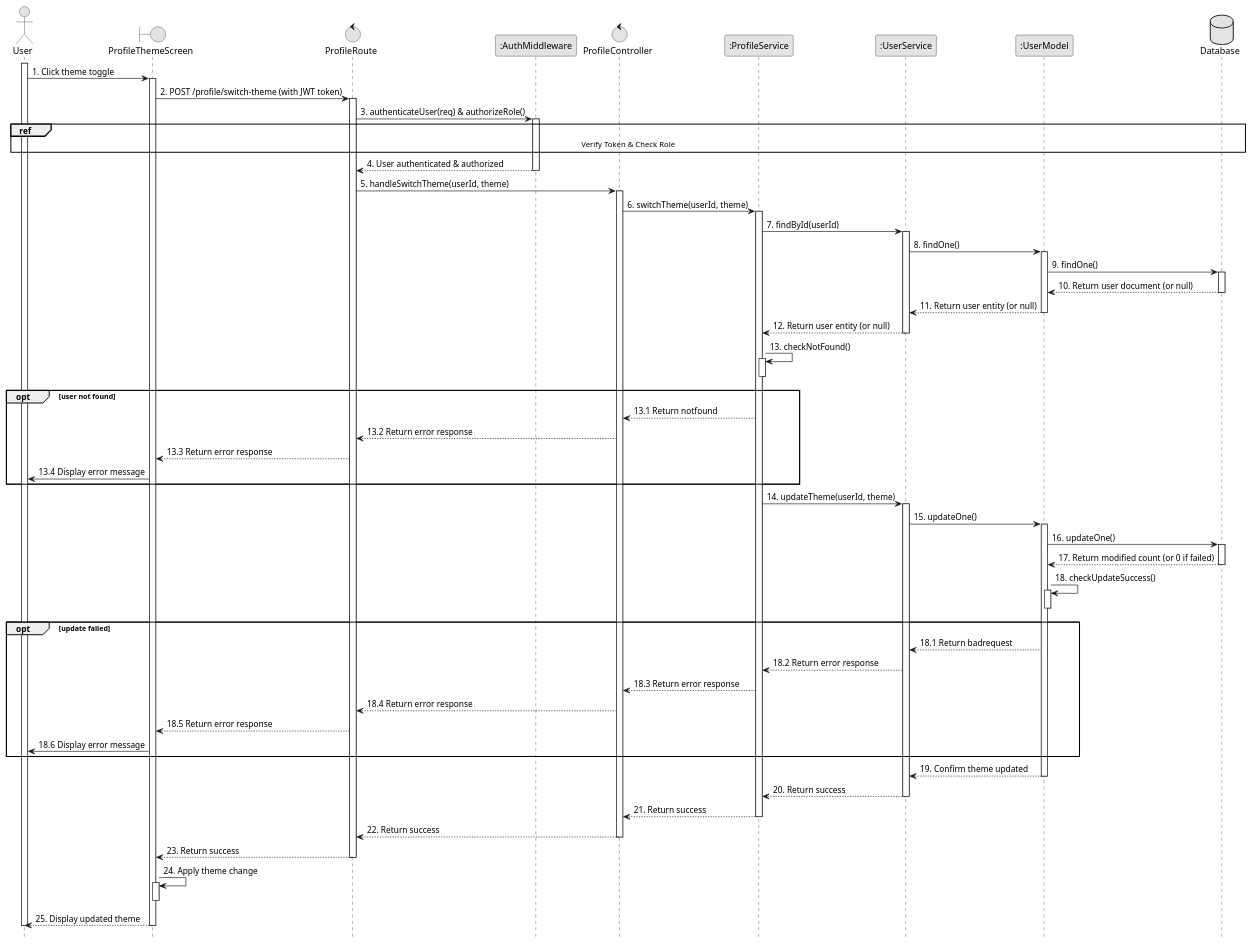
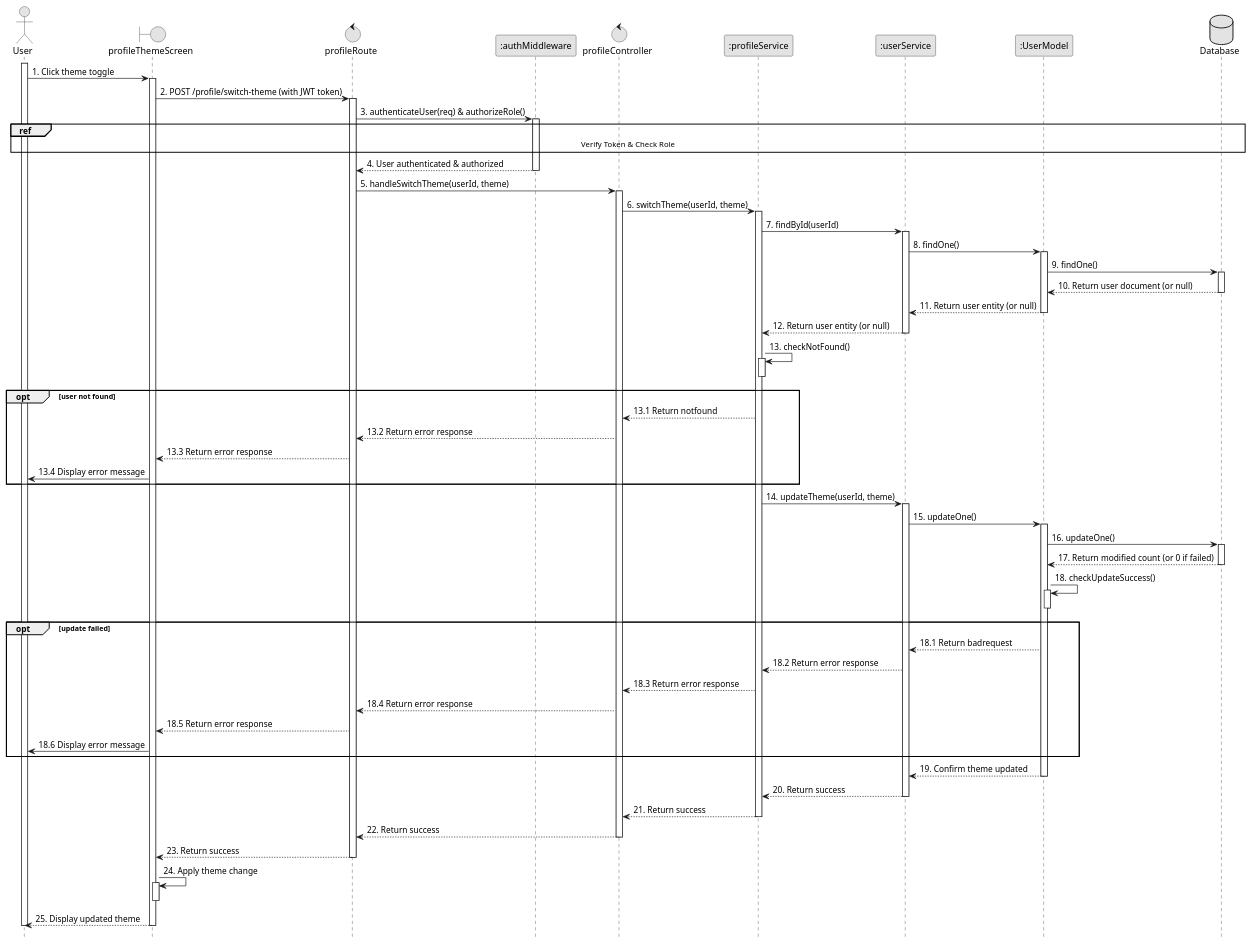
The diagram in planuml/web/8_switchTheme.puml (VietDurian/VietDurian), drawn with PlantUML before and after one commit. The commit also changed 23 other files, not shown here.

Commit message:
ViVLT Add sequences

```diff
--- a/planuml/web/8_switchTheme.puml
+++ b/planuml/web/8_switchTheme.puml
@@ -1,88 +1,88 @@
 @startuml 8_switchTheme
 skinparam monochrome true
 skinparam shadowing false
 skinparam sequenceArrowThickness 1
 hide footbox
 
 actor User
-boundary ProfileThemeScreen as UI
-control ProfileRoute as Route
-participant ":AuthMiddleware" as AuthMiddleware
-control ProfileController as Controller
-participant ":ProfileService" as ProfileService
-participant ":UserService" as UserService
+boundary profileThemeScreen as UI
+control profileRoute as Route
+participant ":authMiddleware" as AuthMiddleware
+control profileController as Controller
+participant ":profileService" as ProfileService
+participant ":userService" as UserService
 participant ":UserModel" as UserModel
 database Database as DB
 
 activate User
 User -> UI : 1. Click theme toggle
 activate UI
 UI -> Route : 2. POST /profile/switch-theme (with JWT token)
 activate Route
 Route -> AuthMiddleware : 3. authenticateUser(req) & authorizeRole()
 activate AuthMiddleware
 ref over User, DB: Verify Token & Check Role
 AuthMiddleware --> Route : 4. User authenticated & authorized
 deactivate AuthMiddleware
 Route -> Controller : 5. handleSwitchTheme(userId, theme)
 activate Controller
 Controller -> ProfileService : 6. switchTheme(userId, theme)
 activate ProfileService
 ProfileService -> UserService : 7. findById(userId)
 activate UserService
 UserService -> UserModel : 8. findOne()
 activate UserModel
 UserModel -> DB : 9. findOne()
 activate DB
 DB --> UserModel : 10. Return user document (or null)
 deactivate DB
 UserModel --> UserService : 11. Return user entity (or null)
 deactivate UserModel
 UserService --> ProfileService : 12. Return user entity (or null)
 deactivate UserService
 ProfileService -> ProfileService : 13. checkNotFound()
 activate ProfileService
 deactivate ProfileService
 opt user not found
     ProfileService --> Controller : 13.1 Return notfound
     Controller --> Route : 13.2 Return error response
     Route --> UI : 13.3 Return error response
     UI -> User : 13.4 Display error message
 end
 
 ProfileService -> UserService : 14. updateTheme(userId, theme)
 activate UserService
 UserService -> UserModel : 15. updateOne()
 activate UserModel
 UserModel -> DB : 16. updateOne()
 activate DB
 DB --> UserModel : 17. Return modified count (or 0 if failed)
 deactivate DB
 UserModel -> UserModel : 18. checkUpdateSuccess()
 activate UserModel
 deactivate UserModel
 opt update failed
     UserModel --> UserService : 18.1 Return badrequest
     UserService --> ProfileService : 18.2 Return error response
     ProfileService --> Controller : 18.3 Return error response
     Controller --> Route : 18.4 Return error response
     Route --> UI : 18.5 Return error response
     UI -> User : 18.6 Display error message
 end
 UserModel --> UserService : 19. Confirm theme updated
 deactivate UserModel
 UserService --> ProfileService : 20. Return success
 deactivate UserService
 ProfileService --> Controller : 21. Return success
 deactivate ProfileService
 Controller --> Route : 22. Return success
 deactivate Controller
 Route --> UI : 23. Return success
 deactivate Route
 UI -> UI : 24. Apply theme change
 activate UI
 deactivate UI
 UI --> User : 25. Display updated theme
 deactivate UI
 deactivate User
 @enduml
```
